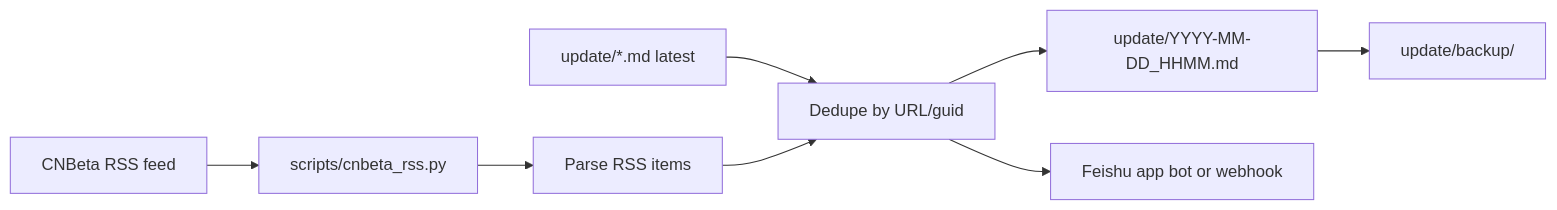
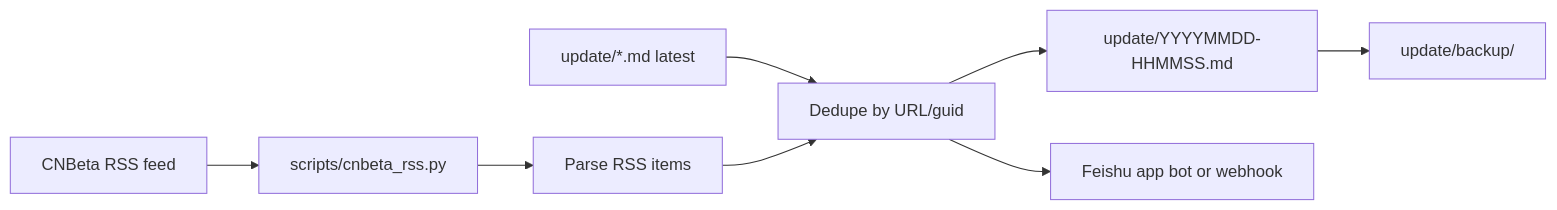
One commit to zjk1984/new-movie-tracker-skill changed the diagram in docs/project-context.md. Above: the diagram before and after it, drawn with Mermaid. The commit also changed other lines of this file and 2 other files, not shown here.

````diff
--- a/docs/project-context.md
+++ b/docs/project-context.md
@@ -9,10 +9,10 @@
 ```mermaid
 flowchart LR
   RSS[CNBeta RSS feed] --> Fetch[scripts/cnbeta_rss.py]
   Fetch --> Parse[Parse RSS items]
   Prev[update/*.md latest] --> Dedupe[Dedupe by URL/guid]
   Parse --> Dedupe
-  Dedupe --> Update[update/YYYY-MM-DD_HHMM.md]
+  Dedupe --> Update[update/YYYYMMDD-HHMMSS.md]
   Dedupe --> Feishu[Feishu app bot or webhook]
   Update --> Backup[update/backup/]
 ```
````
